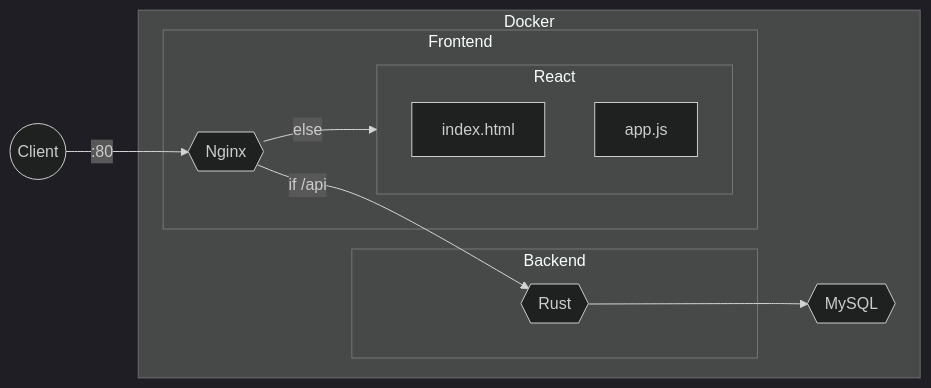
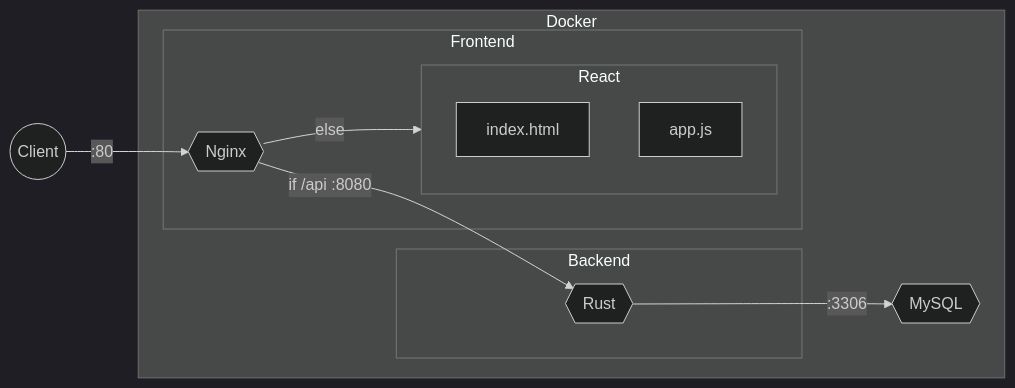
The diagram in README.md (WilliamRagstad/react-actix-template), drawn with Mermaid (dark theme) before and after one commit.

````diff
--- a/README.md
+++ b/README.md
@@ -41,21 +41,21 @@
 ```mermaid
 flowchart LR;
 
 subgraph "Docker"
     MySQL{{MySQL}}
     subgraph "Backend"
         Rust{{Rust}}
     end
     subgraph "Frontend"
         Nginx{{Nginx}};
         subgraph "React"
             Index[index.html]
             JS[app.js]
         end
     end
 end
 Client((Client)) -->|:80| Nginx;
-Nginx -->|if /api| Rust;
+Nginx -->|if /api :8080| Rust;
 Nginx -->|else| React;
-Rust --> MySQL;
+Rust -->|:3306| MySQL;
 ```
````
